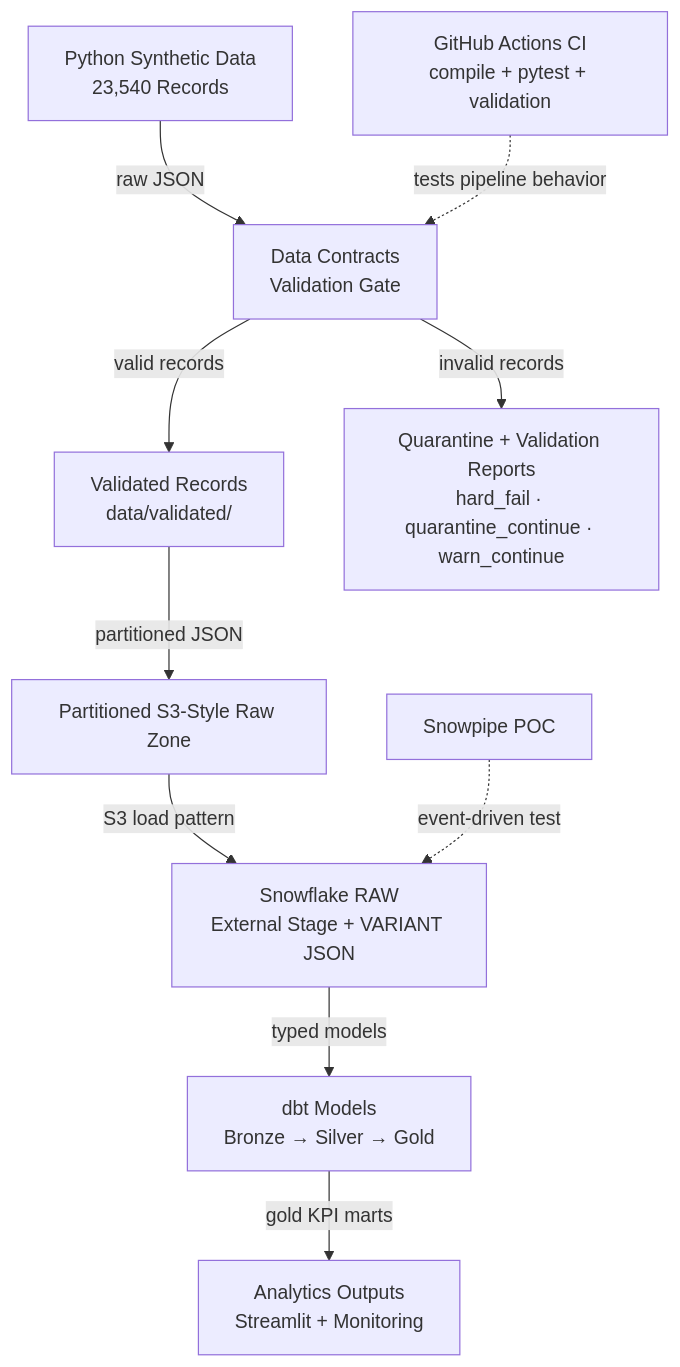
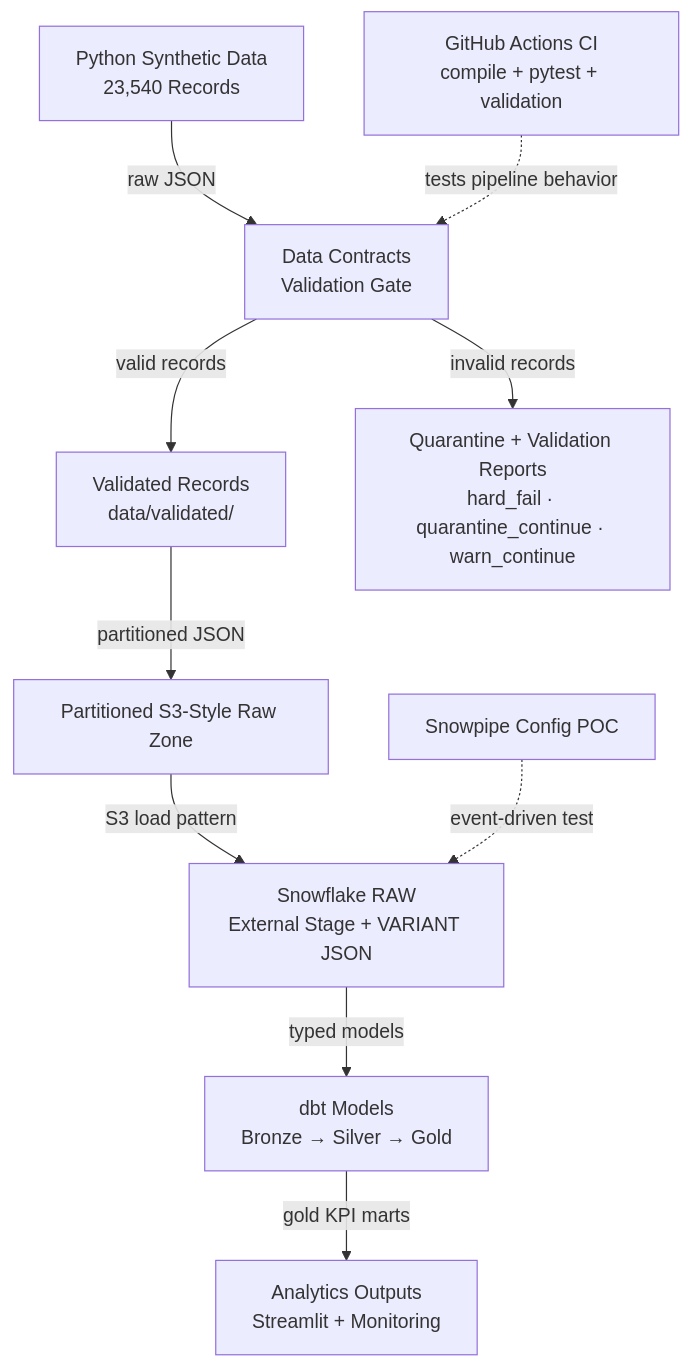
Before and after one commit to samahmedQA/fraud-dispute-analytics-pipeline: the diagram in README.md, drawn with Mermaid. The commit also changed other lines of this file and 3 other files, not shown here.

````diff
--- a/README.md
+++ b/README.md
@@ -81,24 +81,24 @@
 ```mermaid
 flowchart TD
     A["Python Synthetic Data<br/>23,540 Records"]
     B["Data Contracts<br/>Validation Gate"]
     V["Validated Records<br/>data/validated/"]
     C["Partitioned S3-Style Raw Zone"]
     D["Snowflake RAW<br/>External Stage + VARIANT JSON"]
     E["dbt Models<br/>Bronze → Silver → Gold"]
     F["Analytics Outputs<br/>Streamlit + Monitoring"]
     G["Quarantine + Validation Reports<br/>hard_fail · quarantine_continue · warn_continue"]
     I["GitHub Actions CI<br/>compile + pytest + validation"]
-    J["Snowpipe POC"]
+    J["Snowpipe Config POC"]
 
     A -->|"raw JSON"| B
     B -->|"valid records"| V
     B -->|"invalid records"| G
     V -->|"partitioned JSON"| C
     C -->|"S3 load pattern"| D
     D -->|"typed models"| E
     E -->|"gold KPI marts"| F
 
     I -. "tests pipeline behavior" .-> B
     J -. "event-driven test" .-> D
 ```
````
